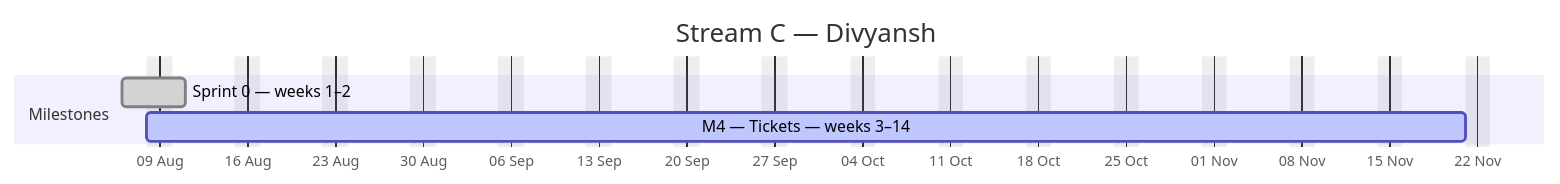
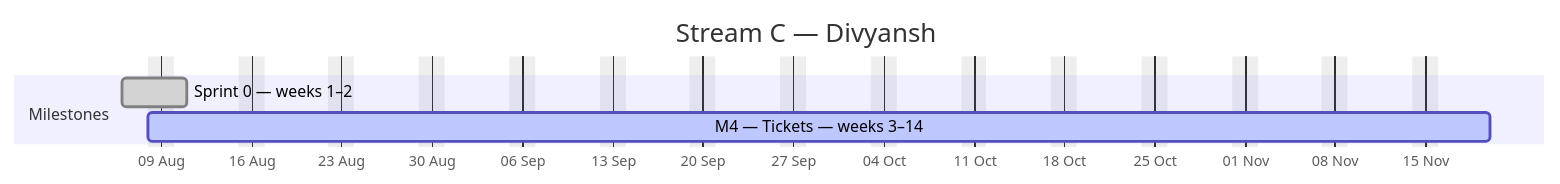
Before and after one commit to debashisedunext/EduTrack: the third of 4 diagrams in docs/plan/GANTT.md, drawn with Mermaid. The commit also changed other lines of this file and 3 other files, not shown here.

````diff
--- a/docs/plan/GANTT.md
+++ b/docs/plan/GANTT.md
@@ -157,10 +160,10 @@
 ```mermaid
 gantt
     dateFormat YYYY-MM-DD
     axisFormat %d %b
     title Stream C — Divyansh
     excludes weekends
     section Milestones
     Sprint 0 — weeks 1–2 :done, c0, 2026-08-06, 3d
-    M4 — Tickets — weeks 3–14 :active, c1, 2026-08-08, 76d
+    M4 — Tickets — weeks 3–14 :active, c1, 2026-08-08, 75d
 ```
````
